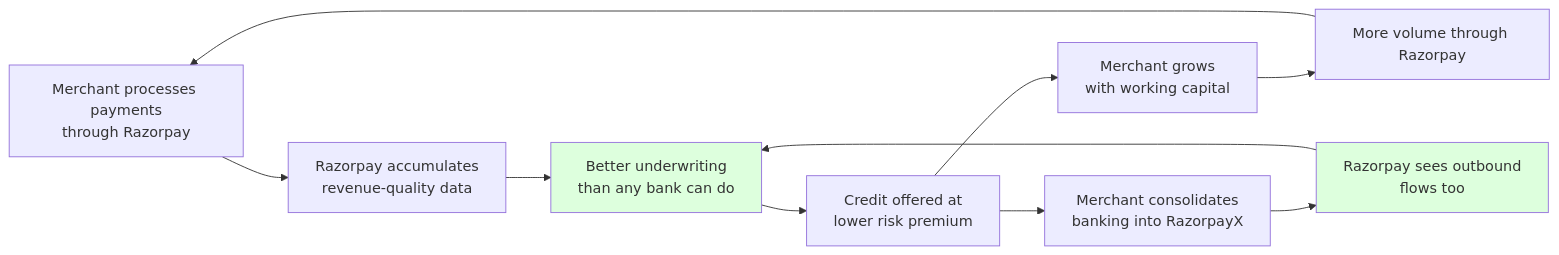
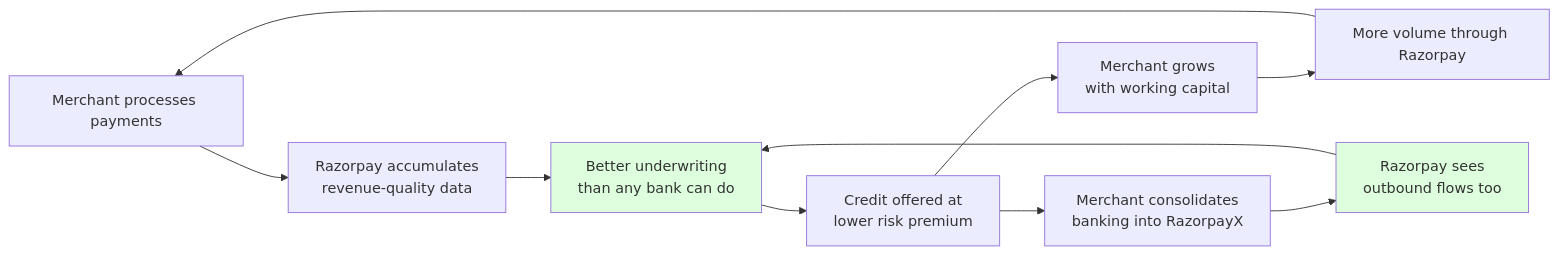
Before and after one commit to gaurav-product/product-management-case-studies: the fourth of 4 diagrams in Case Studies/Day-38-Razorpay/README.md, drawn with Mermaid. The commit also changed other lines of this file and 1 other file, not shown here.

Commit message:
Rewrite Day 38 — Razorpay in 27-section format

````diff
--- a/Case Studies/Day-38-Razorpay/README.md
+++ b/Case Studies/Day-38-Razorpay/README.md
@@ -929,15 +451,15 @@
 ```mermaid
 flowchart LR
-    A[Merchant processes payments<br/>through Razorpay] --> B[Razorpay accumulates<br/>revenue-quality data]
+    A[Merchant processes payments] --> B[Razorpay accumulates<br/>revenue-quality data]
     B --> C[Better underwriting<br/>than any bank can do]
     C --> D[Credit offered at<br/>lower risk premium]
     D --> E[Merchant grows<br/>with working capital]
     E --> F[More volume through Razorpay]
     F --> A
     D --> G[Merchant consolidates<br/>banking into RazorpayX]
-    G --> H[Razorpay sees outbound<br/>flows too]
+    G --> H[Razorpay sees<br/>outbound flows too]
     H --> C
-    
+
     style C fill:#ddffdd
     style H fill:#ddffdd
 ```
````
